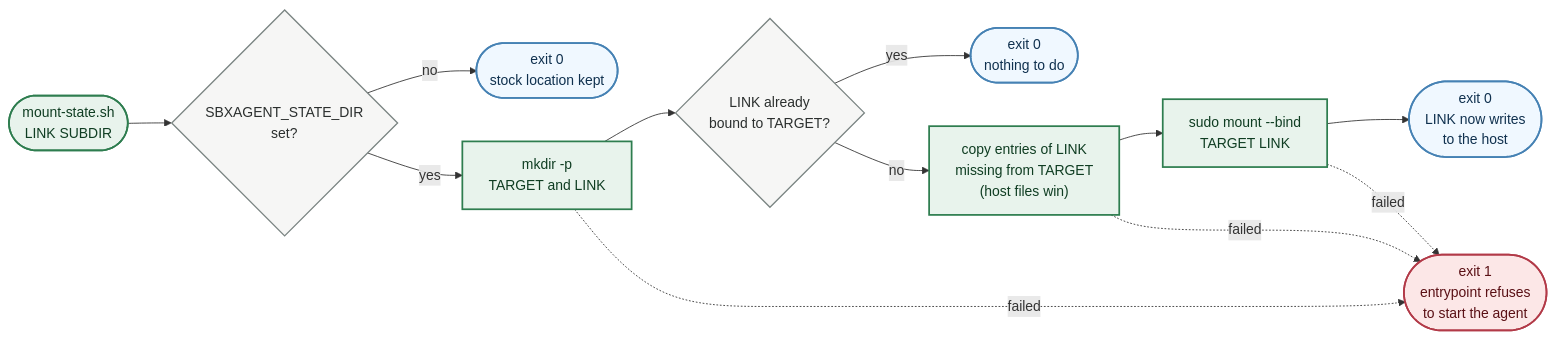
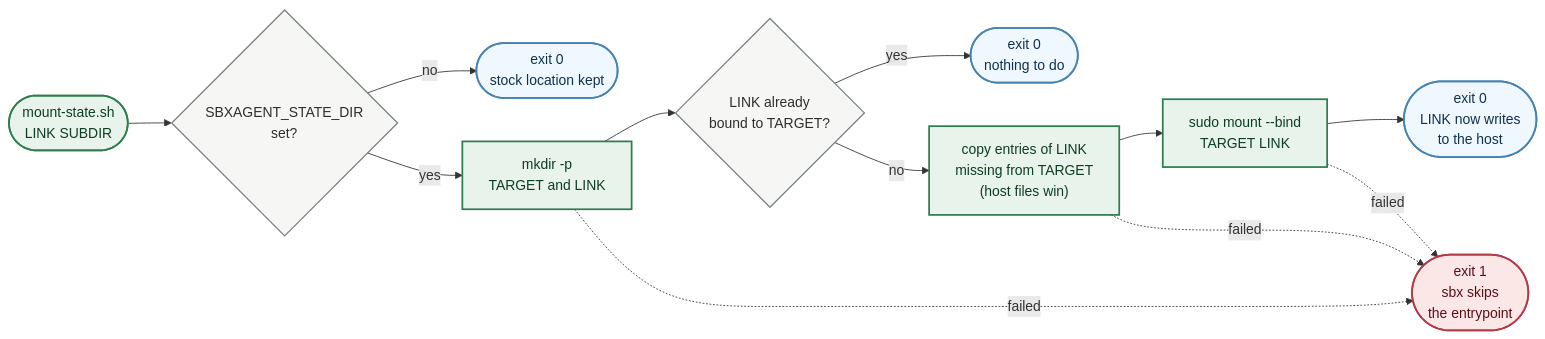
One commit to lars20070/sbxagent changed the second of 2 diagrams in docs/traces.md. Above: the diagram before and after it, drawn with Mermaid. The commit also changed other lines of this file and 13 other files, not shown here.

````diff
--- a/docs/traces.md
+++ b/docs/traces.md
@@ -220,34 +220,34 @@
 ```mermaid
 flowchart LR
   START(["mount-state.sh<br/>LINK SUBDIR"])
   ENV{"SBXAGENT_STATE_DIR<br/>set?"}
   MK["mkdir -p<br/>TARGET and LINK"]
   SAME{"LINK already<br/>bound to TARGET?"}
   COPY["copy entries of LINK<br/>missing from TARGET<br/>(host files win)"]
   BIND["sudo mount --bind<br/>TARGET LINK"]
   OK0(["exit 0<br/>stock location kept"])
   OK1(["exit 0<br/>nothing to do"])
   OK2(["exit 0<br/>LINK now writes<br/>to the host"])
-  ERR1(["exit 1<br/>entrypoint refuses<br/>to start the agent"])
+  ERR1(["exit 1<br/>sbx skips<br/>the entrypoint"])
 
   START --> ENV
   ENV -->|"no"| OK0
   ENV -->|"yes"| MK
   MK --> SAME
   SAME -->|"yes"| OK1
   SAME -->|"no"| COPY
   COPY --> BIND
   BIND --> OK2
   MK -.->|"failed"| ERR1
   COPY -.->|"failed"| ERR1
   BIND -.->|"failed"| ERR1
 
   classDef step  fill:#E8F3EC,stroke:#2E7D4F,stroke-width:2px,color:#0F3D22
   classDef ask   fill:#F6F6F5,stroke:#7A8482,stroke-width:1.5px,color:#2B2F2E
   classDef ok    fill:aliceblue,stroke:steelblue,stroke-width:2px,color:#10314F
   classDef fail  fill:#FCE7E7,stroke:#B23A48,stroke-width:2px,color:#5A1015
   class START,MK,COPY,BIND step
   class ENV,SAME ask
   class OK0,OK1,OK2 ok
   class ERR1 fail
 ```
````
